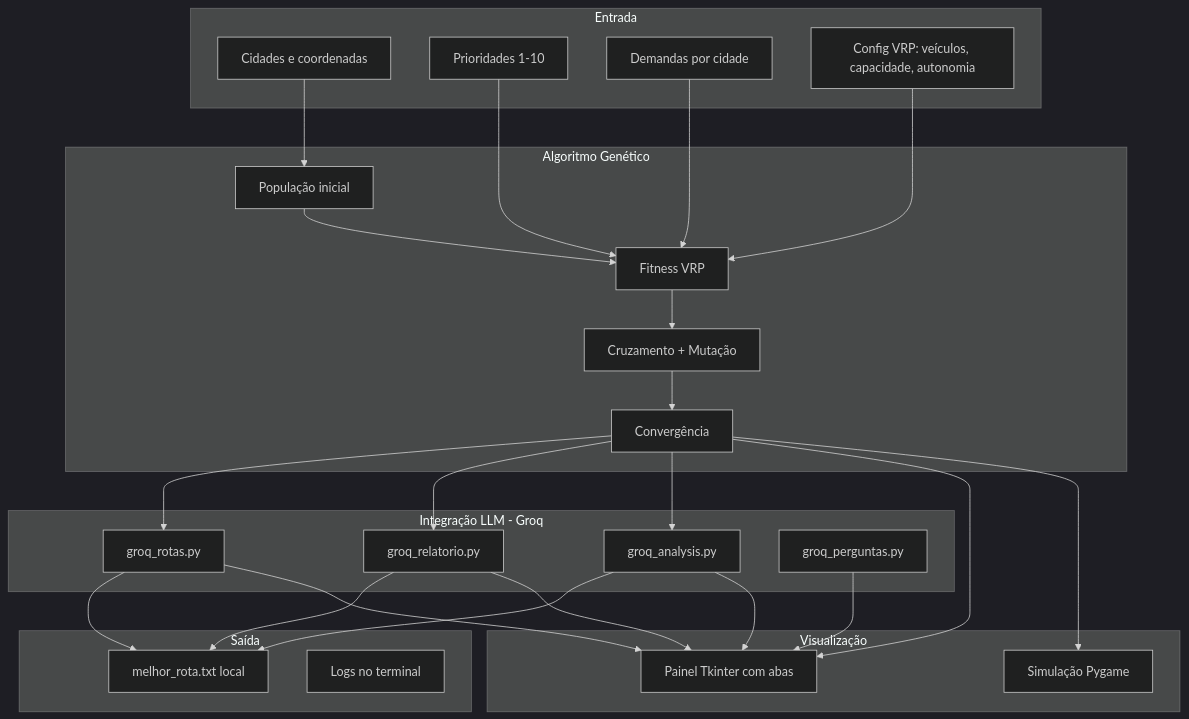
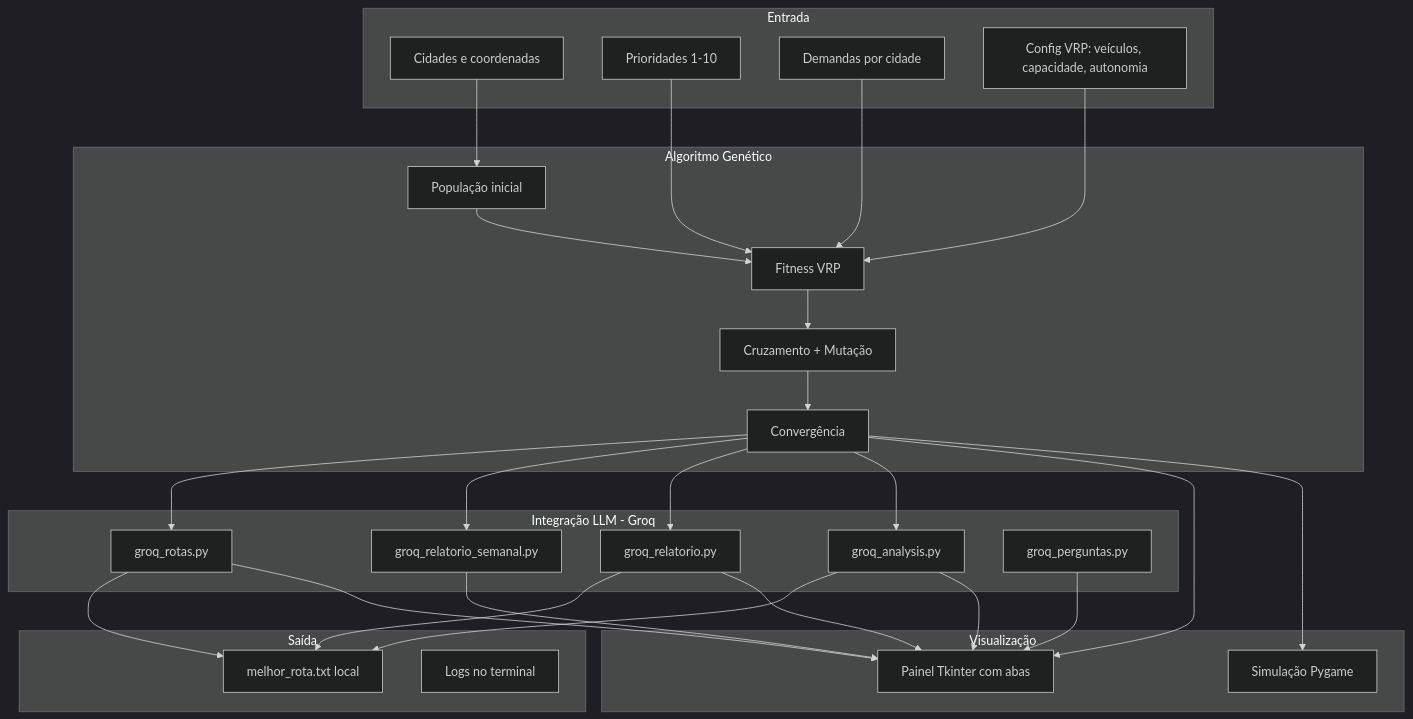
The diagram in docs/ARQUITETURA.md (EdreiM/PosTechFIAP-Fase2), drawn with Mermaid (dark theme) before and after one commit. The commit also changed other lines of this file and 7 other files, not shown here.

````diff
--- a/docs/ARQUITETURA.md
+++ b/docs/ARQUITETURA.md
@@ -9,51 +9,54 @@
 ```mermaid
 flowchart TB
     subgraph entrada [Entrada]
         Cidades[Cidades e coordenadas]
         Prioridades[Prioridades 1-10]
         Demandas[Demandas por cidade]
         Config[Config VRP: veículos, capacidade, autonomia]
     end
 
     subgraph ag [Algoritmo Genético]
         Pop[População inicial]
         Fitness[Fitness VRP]
         Sel[Cruzamento + Mutação]
         Conv[Convergência]
     end
 
     subgraph visual [Visualização]
         Pygame[Simulação Pygame]
         Dash[Painel Tkinter com abas]
     end
 
     subgraph llm [Integração LLM - Groq]
         Analise[groq_analysis.py]
         Relatorio[groq_relatorio.py]
+        RelatorioSem[groq_relatorio_semanal.py]
         Instrucoes[groq_rotas.py]
         Chat[groq_perguntas.py]
     end
 
     subgraph saida [Saída]
         Arquivo[melhor_rota.txt local]
         Terminal[Logs no terminal]
     end
 
     Cidades --> Pop
     Prioridades --> Fitness
     Demandas --> Fitness
     Config --> Fitness
     Pop --> Fitness --> Sel --> Conv
     Conv --> Pygame
     Conv --> Dash
     Conv --> Analise
     Conv --> Relatorio
+    Conv --> RelatorioSem
     Conv --> Instrucoes
     Analise --> Dash
     Relatorio --> Dash
+    RelatorioSem --> Dash
     Instrucoes --> Dash
     Chat --> Dash
     Relatorio --> Arquivo
     Analise --> Arquivo
     Instrucoes --> Arquivo
 ```
````
